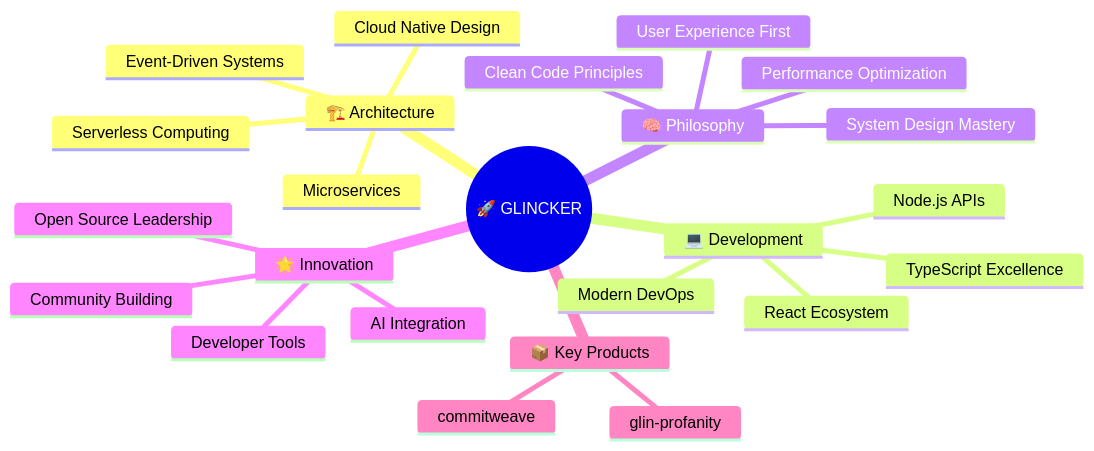
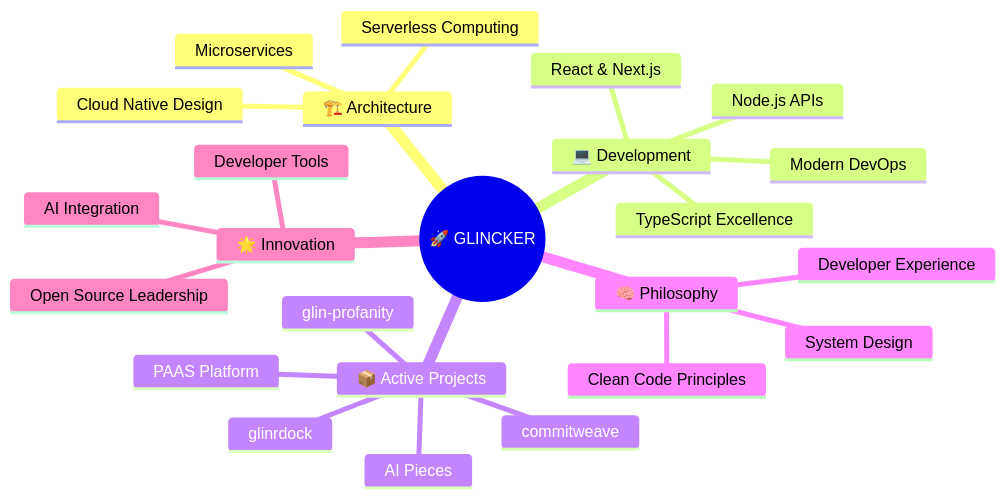
The diagram in README.md (thegdsks/thegdsks), drawn with Mermaid before and after one commit. The commit also changed other lines of this file, not shown here.

````diff
--- a/README.md
+++ b/README.md
@@ -125,27 +127,27 @@
 ```mermaid
 mindmap
   root((🚀 GLINCKER))
     🏗️ Architecture
       Microservices
       Serverless Computing
       Cloud Native Design
-      Event-Driven Systems
     💻 Development
       TypeScript Excellence
-      React Ecosystem
+      React & Next.js
       Node.js APIs
       Modern DevOps
+    📦 Active Projects
+      glin-profanity
+      commitweave
+      glinrdock
+      PAAS Platform
+      AI Pieces
     🧠 Philosophy
       Clean Code Principles
-      System Design Mastery
-      User Experience First
-      Performance Optimization
+      System Design
+      Developer Experience
     🌟 Innovation
+      Open Source Leadership
       Developer Tools
-      Open Source Leadership
-      Community Building
       AI Integration
-    📦 Key Products
-      glin-profanity
-      commitweave
 ``` 
````
